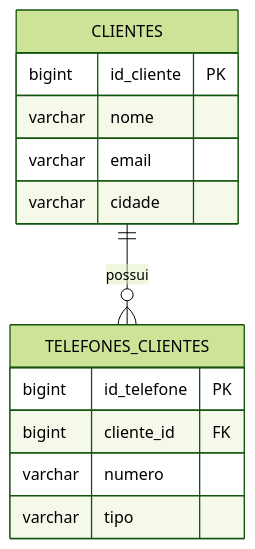
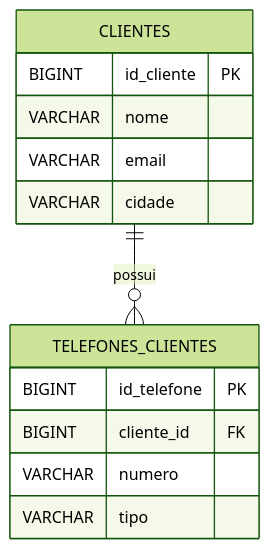
The second of 9 diagrams in docs/aulas/Aula_02_Normalizacao.md (DSM-Fatec-Jahu/BDR-DSM-2026-2), drawn with Mermaid (forest theme) before and after one commit. The commit also changed other lines of this file and 2 other files, not shown here.

First line of the commit message:
Padroniza tipos SQL em MAIÚSCULAS nos diagramas (Regra 3)

````diff
--- a/docs/aulas/Aula_02_Normalizacao.md
+++ b/docs/aulas/Aula_02_Normalizacao.md
@@ -193,18 +193,18 @@
 ```mermaid
 erDiagram
     CLIENTES {
-        bigint id_cliente PK
-        varchar nome
-        varchar email
-        varchar cidade
+        BIGINT id_cliente PK
+        VARCHAR nome
+        VARCHAR email
+        VARCHAR cidade
     }
 
     TELEFONES_CLIENTES {
-        bigint id_telefone PK
-        bigint cliente_id FK
-        varchar numero
-        varchar tipo
+        BIGINT id_telefone PK
+        BIGINT cliente_id FK
+        VARCHAR numero
+        VARCHAR tipo
     }
 
     CLIENTES ||--o{ TELEFONES_CLIENTES : "possui"
 ```
````
